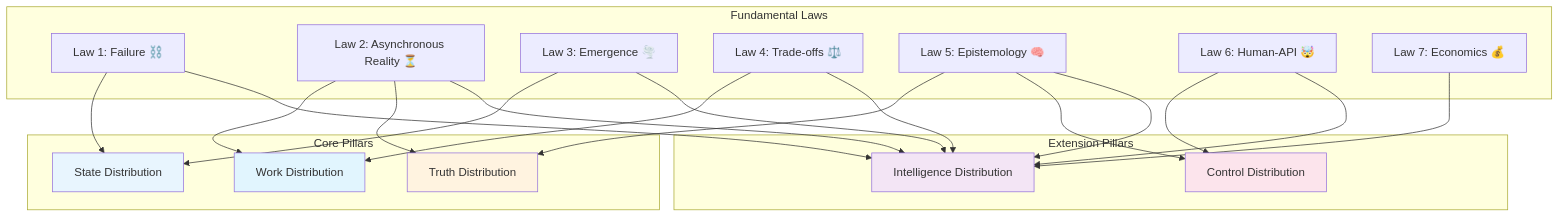
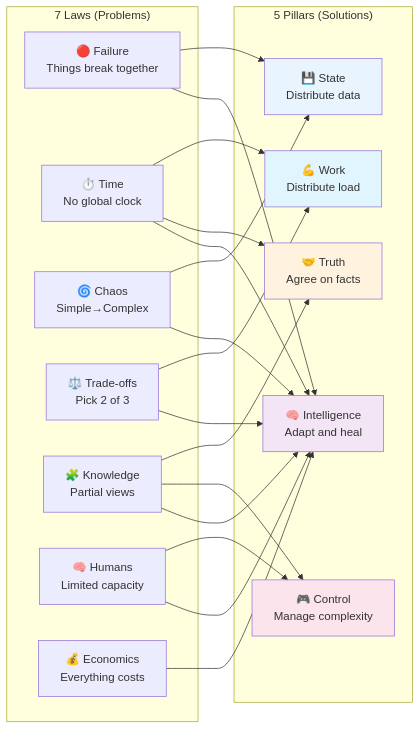
The first of 4 diagrams in docs/part2-pillars/index.md (deepaucksharma/DStudio), drawn with Mermaid before and after one commit. The commit also changed other lines of this file and 176 other files, not shown here.

````diff
--- a/docs/part2-pillars/index.md
+++ b/docs/part2-pillars/index.md
@@ -50,35 +35,32 @@
 ```mermaid
-graph TD
-    subgraph "Fundamental Laws"
-        L1[Law 1: Failure ⛓️]
-        L2[Law 2: Asynchronous Reality ⏳]
-        L3[Law 3: Emergence 🌪️]
-        L4[Law 4: Trade-offs ⚖️]
-        L5[Law 5: Epistemology 🧠]
-        L6[Law 6: Human-API 🤯]
-        L7[Law 7: Economics 💰]
+graph LR
+    subgraph "7 Laws (Problems)"
+        L1["🔴 Failure<br/>Things break together"]
+        L2["⏱️ Time<br/>No global clock"]
+        L3["🌀 Chaos<br/>Simple→Complex"]
+        L4["⚖️ Trade-offs<br/>Pick 2 of 3"]
+        L5["🧩 Knowledge<br/>Partial views"]
+        L6["🧠 Humans<br/>Limited capacity"]
+        L7["💰 Economics<br/>Everything costs"]
     end
     
-    subgraph "Core Pillars"
-        P1[Work Distribution]
-        P2[State Distribution]
-        P3[Truth Distribution]
-    end
-    
-    subgraph "Extension Pillars"
-        P4[Control Distribution]
-        P5[Intelligence Distribution]
+    subgraph "5 Pillars (Solutions)"
+        P1["💪 Work<br/>Distribute load"]
+        P2["💾 State<br/>Distribute data"]
+        P3["🤝 Truth<br/>Agree on facts"]
+        P4["🎮 Control<br/>Manage complexity"]
+        P5["🧠 Intelligence<br/>Adapt and heal"]
     end
     
     L2 & L4 --> P1
     L1 & L3 --> P2
     L2 & L5 --> P3
     L5 & L6 --> P4
     L1 & L2 & L3 & L4 & L5 & L6 & L7 --> P5
     
     style P1 fill:#e1f5fe
     style P2 fill:#e8f5fe
     style P3 fill:#fff3e0
     style P4 fill:#fce4ec
     style P5 fill:#f3e5f5
 ```
````
